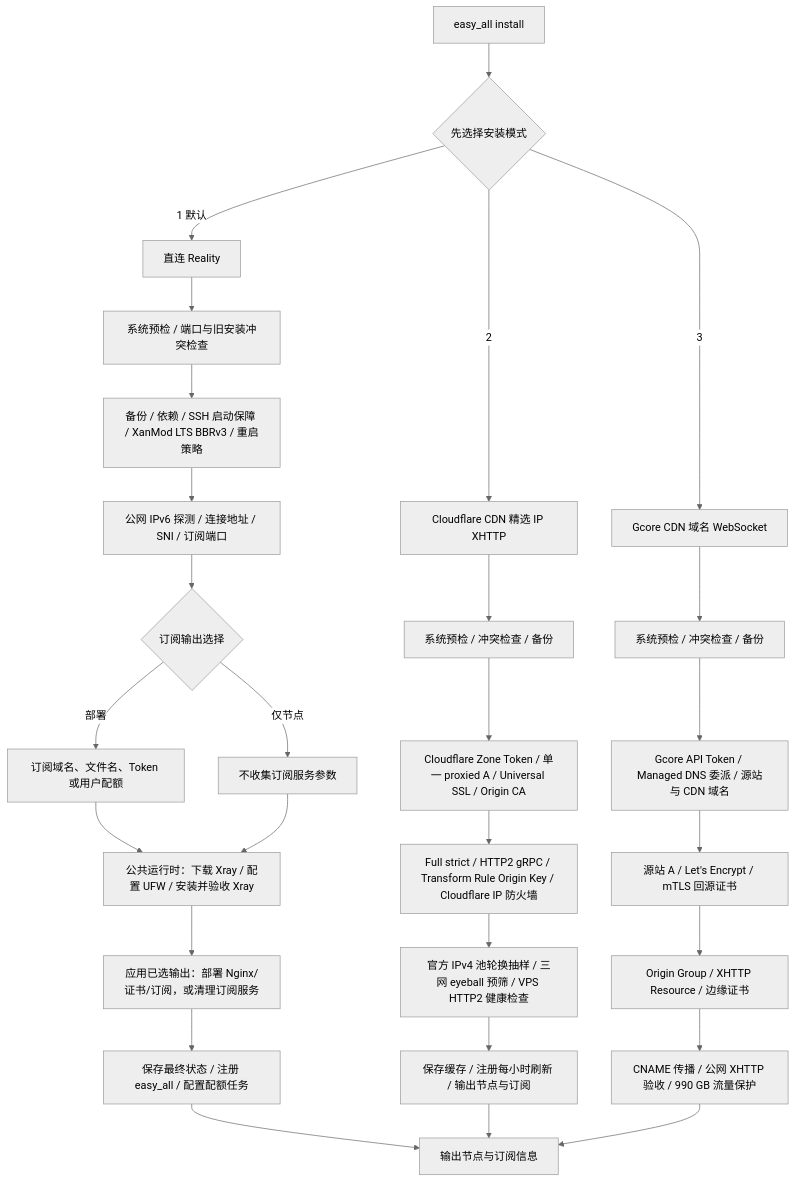
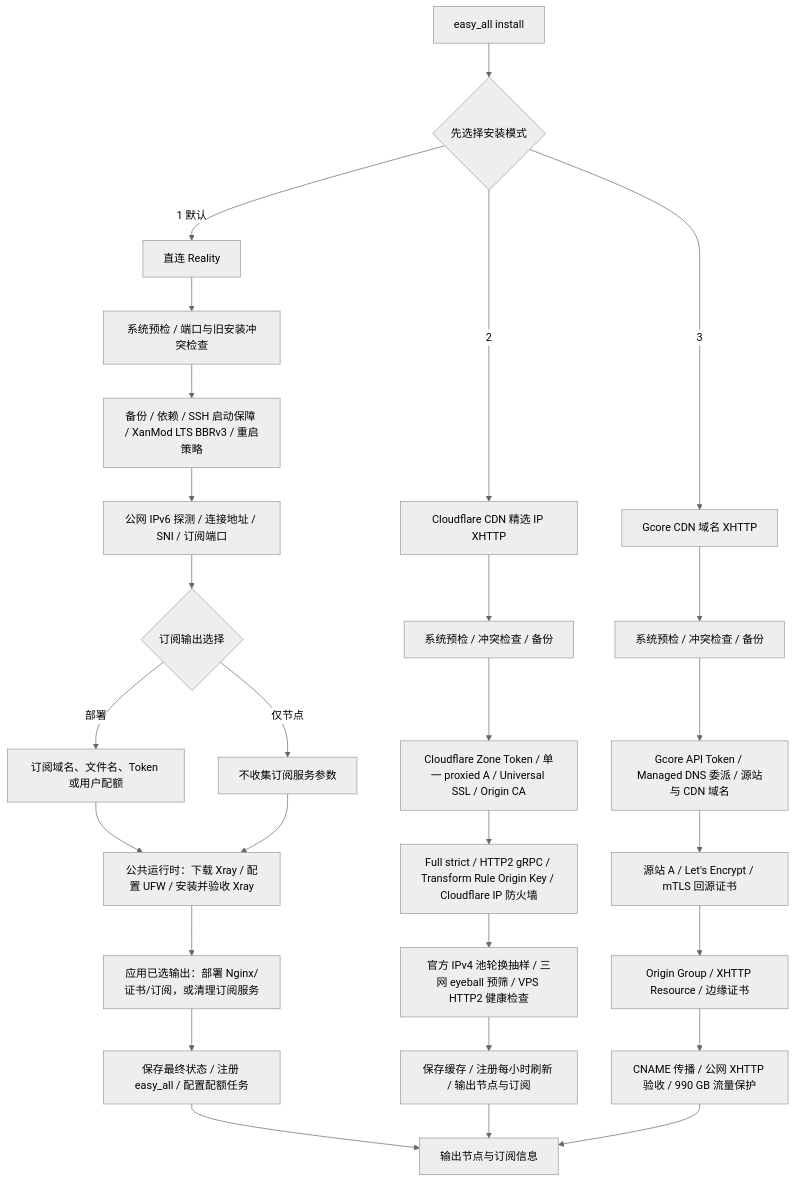
One commit to v2yiz/easy_all changed the diagram in README.md. Above: the diagram before and after it, drawn with Mermaid (neutral theme). The commit also changed other lines of this file and 7 other files, not shown here.

Commit message:
恢复为 Gcore XHTTP + packet-up

````diff
--- a/README.md
+++ b/README.md
@@ -214,34 +214,34 @@
 ```mermaid
 flowchart TD
     A[easy_all install] --> B{先选择安装模式}
 
     B -->|1 默认| R0[直连 Reality]
     R0 --> R1[系统预检 / 端口与旧安装冲突检查]
     R1 --> R2[备份 / 依赖 / SSH 启动保障 / XanMod LTS BBRv3 / 重启策略]
     R2 --> R3[公网 IPv6 探测 / 连接地址 / SNI / 订阅端口]
     R3 --> R4{订阅输出选择}
     R4 -->|部署| R5[订阅域名、文件名、Token 或用户配额]
     R4 -->|仅节点| R6[不收集订阅服务参数]
     R5 --> R7[公共运行时：下载 Xray / 配置 UFW / 安装并验收 Xray]
     R6 --> R7
     R7 --> R8[应用已选输出：部署 Nginx/证书/订阅，或清理订阅服务]
     R8 --> R9[保存最终状态 / 注册 easy_all / 配置配额任务]
     R9 --> Z[输出节点与订阅信息]
 
     B -->|2| C0[Cloudflare CDN 精选 IP XHTTP]
     C0 --> C1[系统预检 / 冲突检查 / 备份]
     C1 --> C2[Cloudflare Zone Token / 单一 proxied A / Universal SSL / Origin CA]
     C2 --> C3[Full strict / HTTP2 gRPC / Transform Rule Origin Key / Cloudflare IP 防火墙]
     C3 --> C4[官方 IPv4 池轮换抽样 / 三网 eyeball 预筛 / VPS HTTP2 健康检查]
     C4 --> C5[保存缓存 / 注册每小时刷新 / 输出节点与订阅]
     C5 --> Z
 
-    B -->|3| G0[Gcore CDN 域名 WebSocket]
+    B -->|3| G0[Gcore CDN 域名 XHTTP]
     G0 --> G1[系统预检 / 冲突检查 / 备份]
     G1 --> G2[Gcore API Token / Managed DNS 委派 / 源站与 CDN 域名]
     G2 --> G3[源站 A / Let's Encrypt / mTLS 回源证书]
     G3 --> G4[Origin Group / XHTTP Resource / 边缘证书]
     G4 --> G5[CNAME 传播 / 公网 XHTTP 验收 / 990 GB 流量保护]
     G5 --> Z
 
 ```
````
